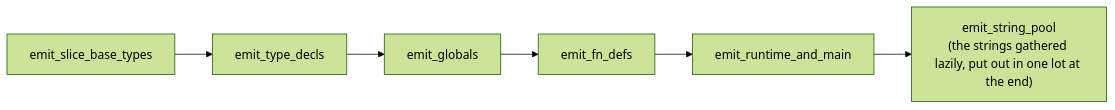
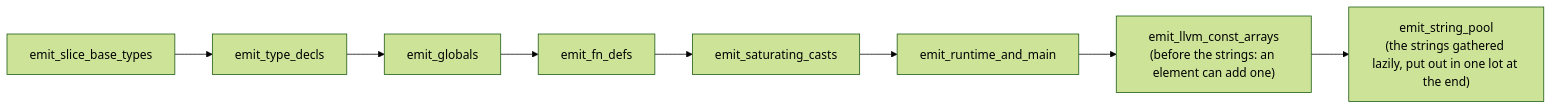
One commit to kansosystem-org/kspl-experimental changed the third of 4 diagrams in ksplc/docs/DESIGN-backends.md. Above: the diagram before and after it, drawn with Mermaid (forest theme). The commit also changed other lines of this file and 310 other files, not shown here.

````diff
--- a/ksplc/docs/DESIGN-backends.md
+++ b/ksplc/docs/DESIGN-backends.md
@@ -334,4 +316,4 @@
 ```mermaid
 flowchart LR
-    A[emit_slice_base_types] --> B[emit_type_decls] --> C[emit_globals] --> D[emit_fn_defs] --> F[emit_runtime_and_main] --> G["emit_string_pool<br/>(the strings gathered lazily, put out in one lot at the end)"]
+    A[emit_slice_base_types] --> B[emit_type_decls] --> C[emit_globals] --> D[emit_fn_defs] --> E[emit_saturating_casts] --> F[emit_runtime_and_main] --> H["emit_llvm_const_arrays<br/>(before the strings: an element can add one)"] --> G["emit_string_pool<br/>(the strings gathered lazily, put out in one lot at the end)"]
 ```
````
